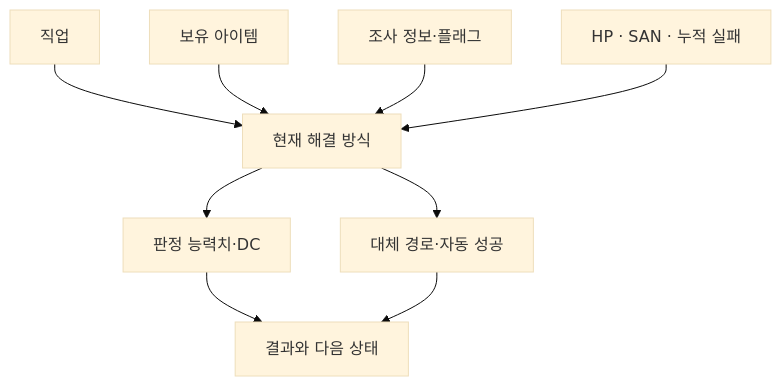
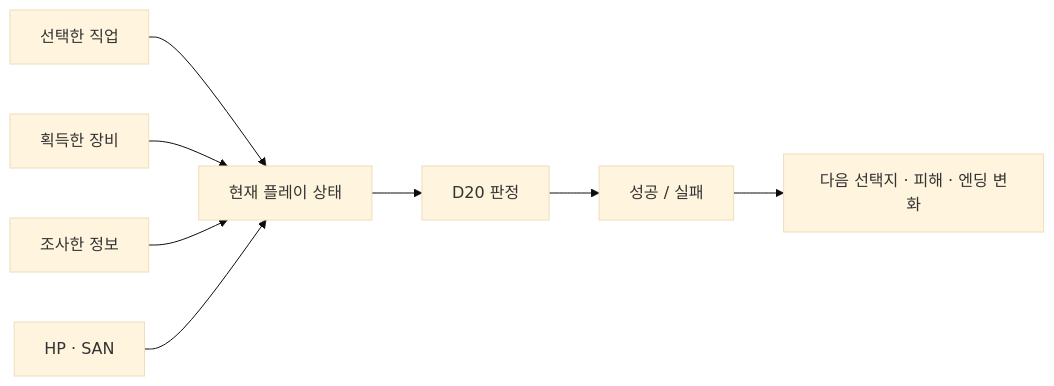
One commit to tichieeee1023/aquarium-trpg changed the second of 5 diagrams in README.md. Above: the diagram before and after it, drawn with Mermaid (base theme). The commit also changed other lines of this file and 2 other files, not shown here.

````diff
--- a/README.md
+++ b/README.md
@@ -197,11 +125,11 @@
 ```mermaid
-flowchart TB
-  Job[직업] --> Rule[현재 해결 방식]
-  Items[보유 아이템] --> Rule
-  Clues[조사 정보·플래그] --> Rule
-  Status[HP · SAN · 누적 실패] --> Rule
-  Rule --> Check[판정 능력치·DC]
-  Rule --> Route[대체 경로·자동 성공]
-  Check --> Result[결과와 다음 상태]
-  Route --> Result
+flowchart LR
+    JOB[선택한 직업] --> STATE[현재 플레이 상태]
+    ITEM[획득한 장비] --> STATE
+    INFO[조사한 정보] --> STATE
+    HP[HP · SAN] --> STATE
+
+    STATE --> CHECK[D20 판정]
+    CHECK --> RESULT[성공 / 실패]
+    RESULT --> NEXT[다음 선택지 · 피해 · 엔딩 변화]
 ```
````
